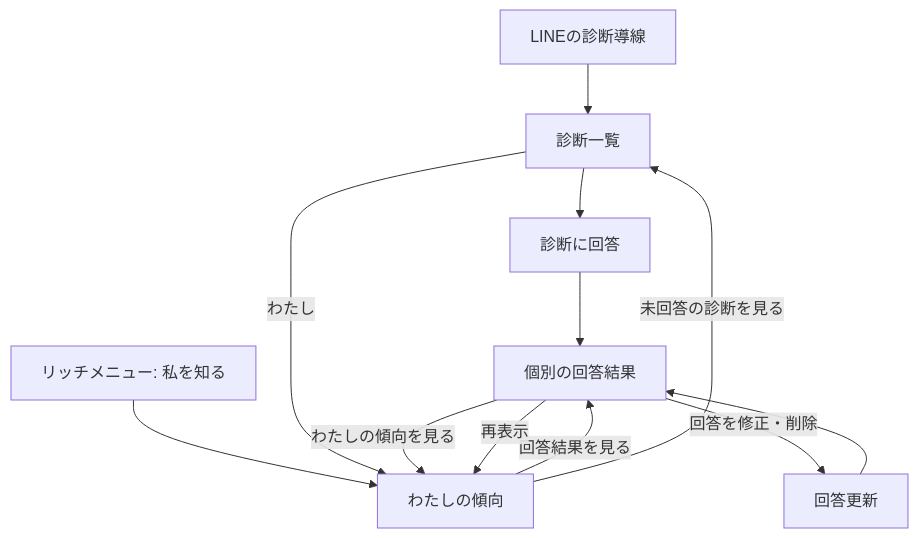
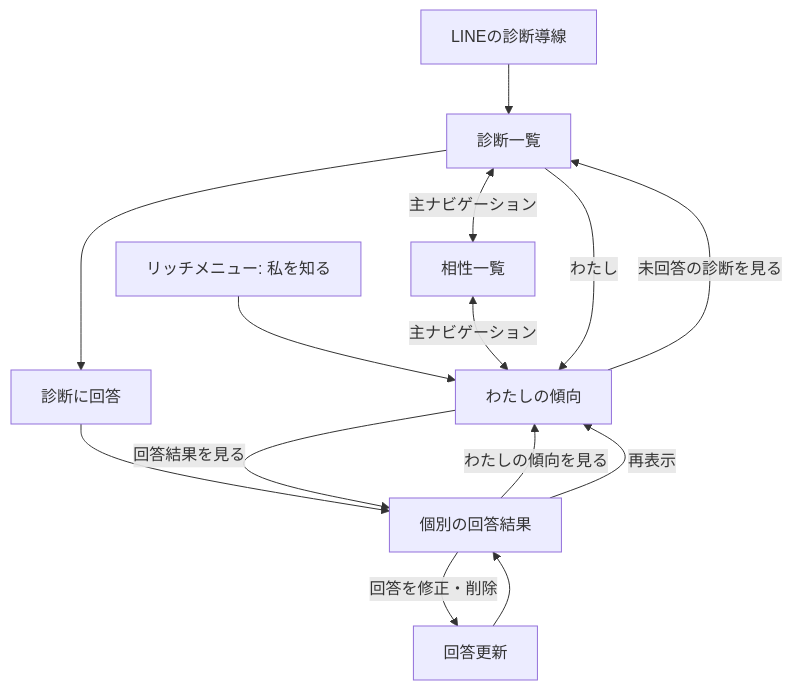
Before and after one commit to kkyosuke/me-builder: the first of 2 diagrams in docs/product/profile-summary-experience.md, drawn with Mermaid. The commit also changed other lines of this file and 6 other files, not shown here.

````diff
--- a/docs/product/profile-summary-experience.md
+++ b/docs/product/profile-summary-experience.md
@@ -134,14 +134,16 @@
 ```mermaid
 flowchart TD
     L[LINEの診断導線] --> H[診断一覧]
     M[リッチメニュー: 私を知る] --> P[わたしの傾向]
+    H <-->|主ナビゲーション| C[相性一覧]
+    C <-->|主ナビゲーション| P
     H --> Q[診断に回答]
     Q --> R[個別の回答結果]
     H -->|わたし| P
     R -->|わたしの傾向を見る| P
     P -->|回答結果を見る| R
     P -->|未回答の診断を見る| H
     R -->|回答を修正・削除| U[回答更新]
     U --> R
     R -->|再表示| P
 ```
````
